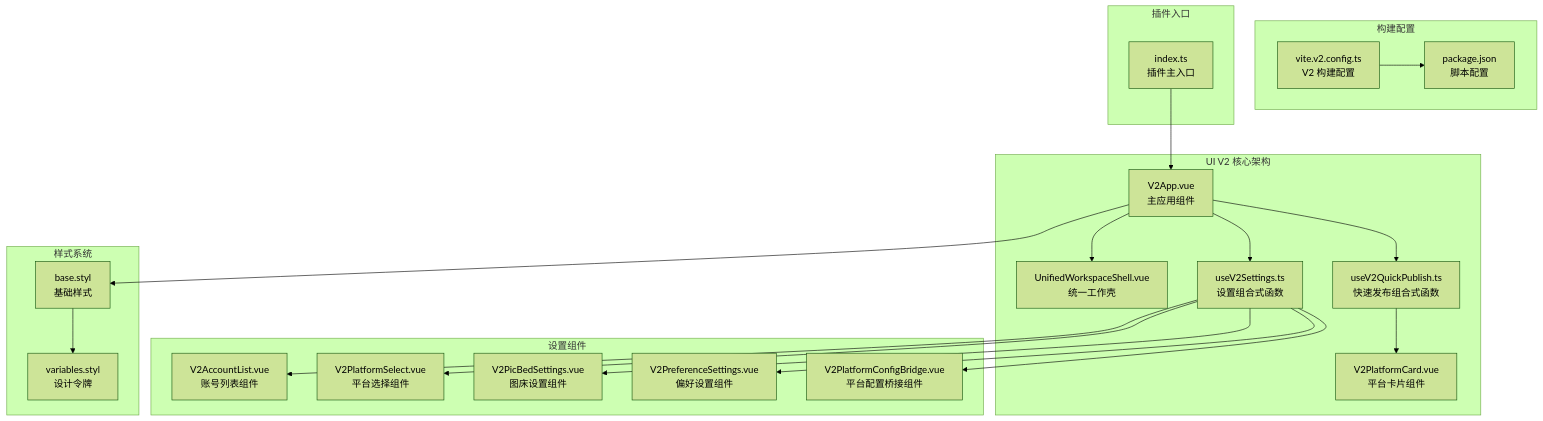
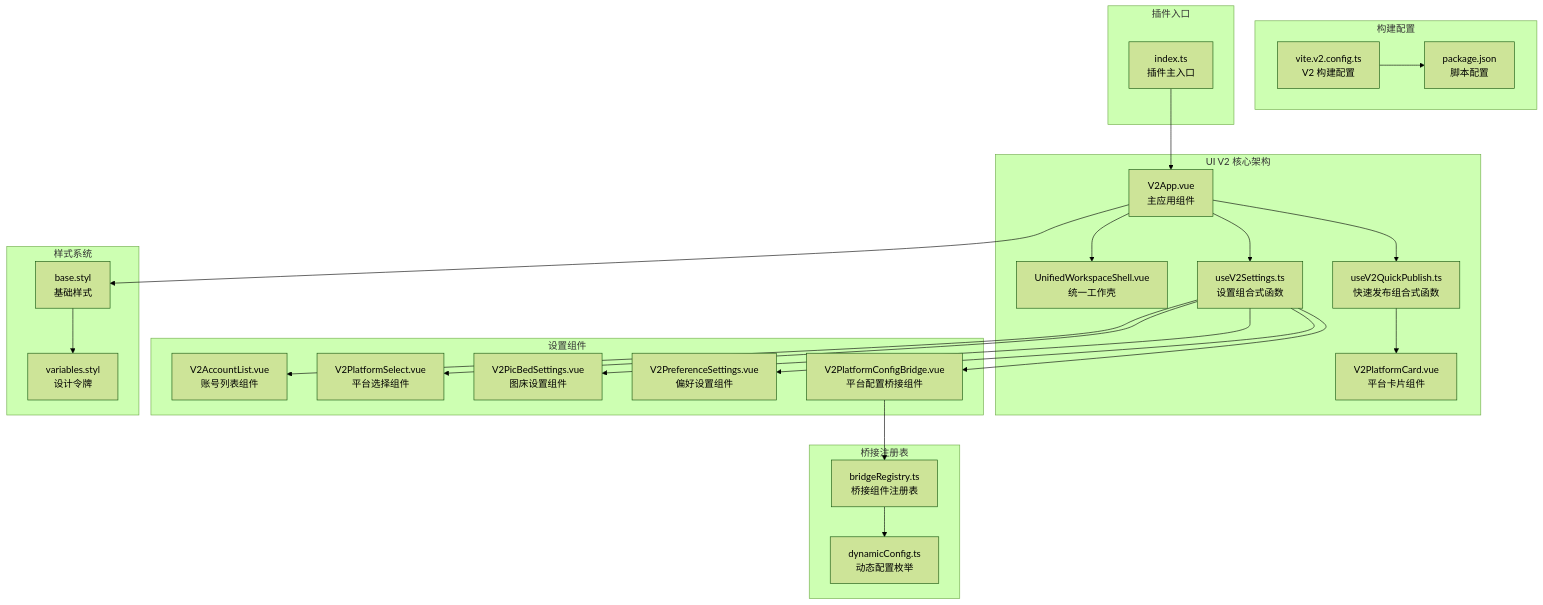
The first of 5 diagrams in .qoder/repowiki/zh/content/用户界面组件/UI V2 里程碑进度.md (terwer/siyuan-plugin-publisher), drawn with Mermaid (forest theme) before and after one commit. The commit also changed other lines of this file and 6 other files, not shown here.

First line of the commit message:
docs(architecture): clarify and split workspace shell component responsibilities

````diff
--- a/.qoder/repowiki/zh/content/用户界面组件/UI V2 里程碑进度.md
+++ b/.qoder/repowiki/zh/content/用户界面组件/UI V2 里程碑进度.md
@@ -58,41 +62,47 @@
 ```mermaid
 graph TB
 subgraph "UI V2 核心架构"
 V2App[V2App.vue<br/>主应用组件]
 Shell[UnifiedWorkspaceShell.vue<br/>统一工作壳]
 Quick[useV2QuickPublish.ts<br/>快速发布组合式函数]
 Platform[V2PlatformCard.vue<br/>平台卡片组件]
 Settings[useV2Settings.ts<br/>设置组合式函数]
 end
 subgraph "设置组件"
 AccountList[V2AccountList.vue<br/>账号列表组件]
 PlatformSelect[V2PlatformSelect.vue<br/>平台选择组件]
 PicBedSettings[V2PicBedSettings.vue<br/>图床设置组件]
 PreferenceSettings[V2PreferenceSettings.vue<br/>偏好设置组件]
 PlatformConfigBridge[V2PlatformConfigBridge.vue<br/>平台配置桥接组件]
+end
+subgraph "桥接注册表"
+BridgeRegistry[bridgeRegistry.ts<br/>桥接组件注册表]
+DynamicConfig[dynamicConfig.ts<br/>动态配置枚举]
 end
 subgraph "样式系统"
 Base[base.styl<br/>基础样式]
 Variables[variables.styl<br/>设计令牌]
 end
 subgraph "构建配置"
 Vite[vite.v2.config.ts<br/>V2 构建配置]
 Package[package.json<br/>脚本配置]
 end
 subgraph "插件入口"
 Index[index.ts<br/>插件主入口]
 end
 V2App --> Shell
 V2App --> Quick
 V2App --> Settings
 Quick --> Platform
 Settings --> AccountList
 Settings --> PlatformSelect
 Settings --> PicBedSettings
 Settings --> PreferenceSettings
 Settings --> PlatformConfigBridge
+PlatformConfigBridge --> BridgeRegistry
+BridgeRegistry --> DynamicConfig
 V2App --> Base
 Base --> Variables
 Vite --> Package
 Index --> V2App
 ```
````
